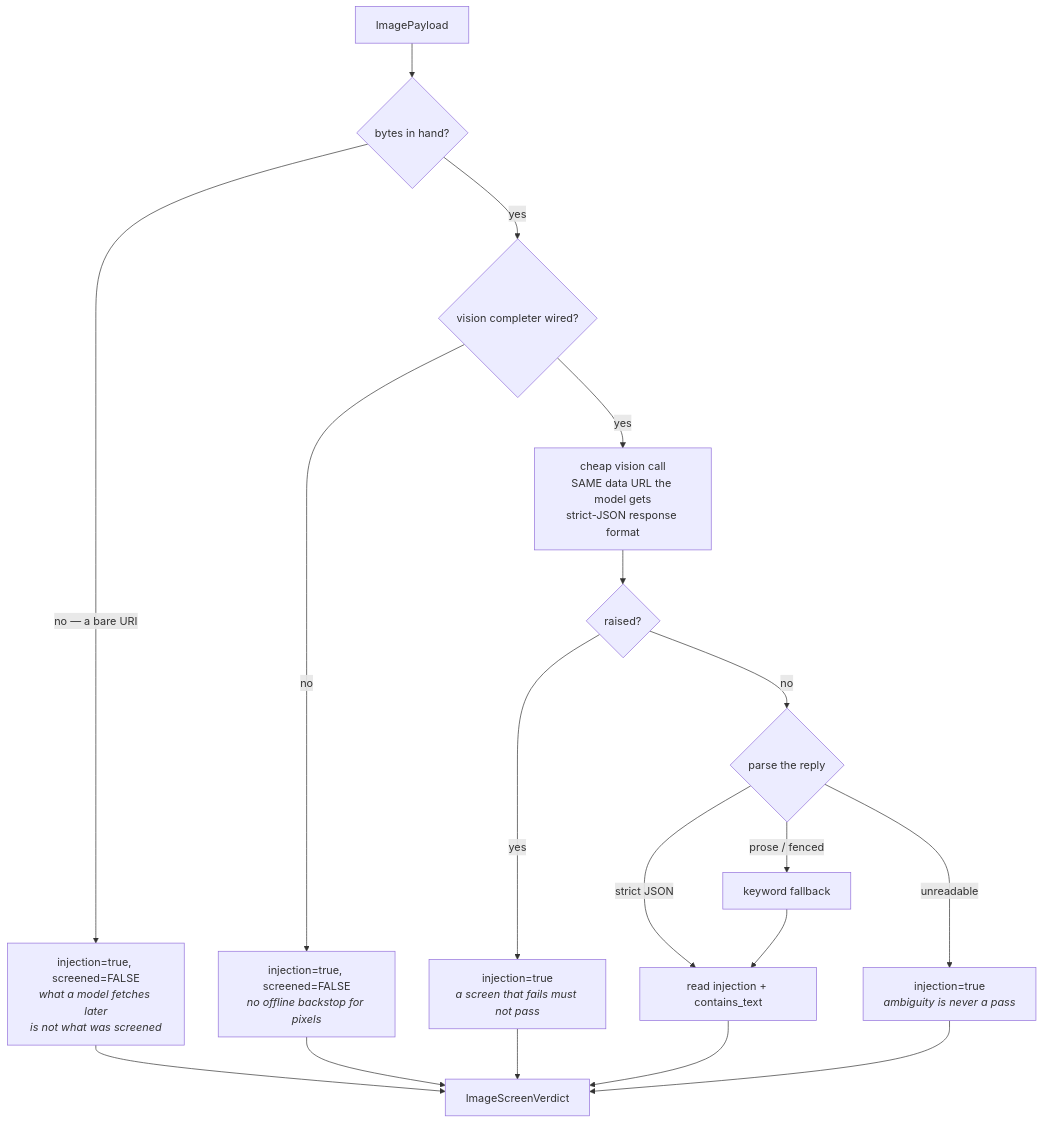
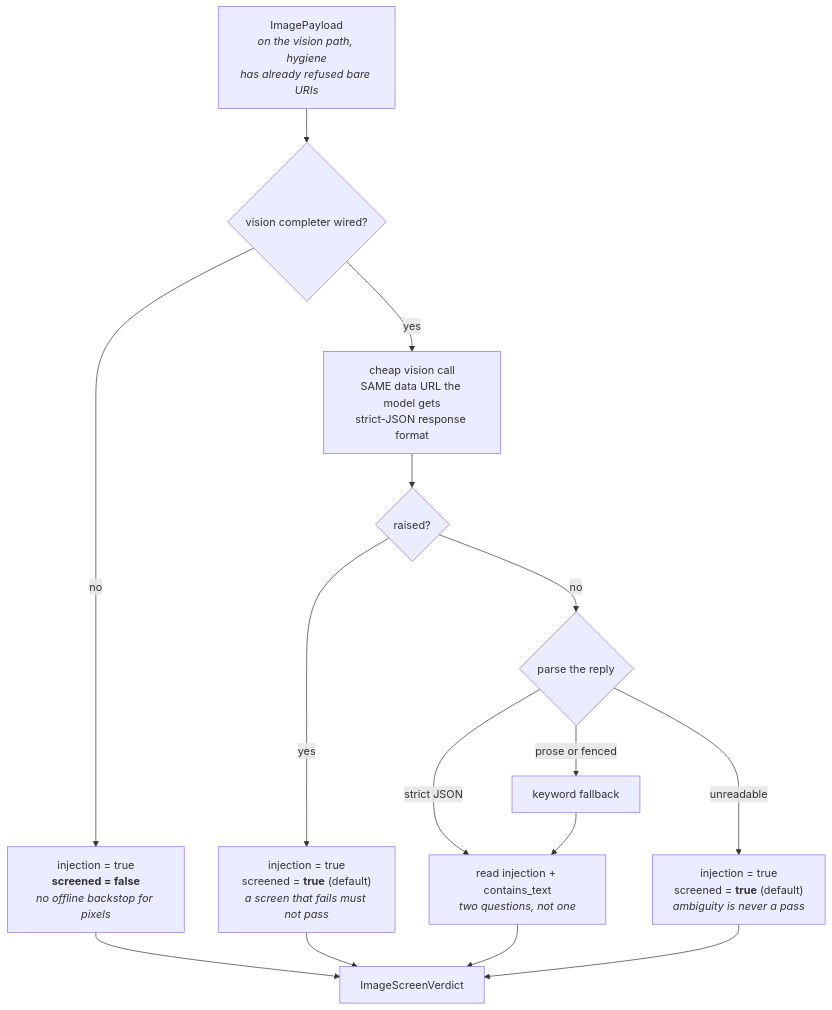
Before and after one commit to yrevash/aegis: the third of 5 diagrams in docs/teaching/vision/40-diagrams.md, drawn with Mermaid. The commit also changed other lines of this file and 111 other files, not shown here.

````diff
--- a/docs/teaching/vision/40-diagrams.md
+++ b/docs/teaching/vision/40-diagrams.md
@@ -105,25 +87,22 @@
 ```mermaid
 flowchart TB
-    I["ImagePayload"] --> INL{"bytes in hand?"}
-    INL -->|"no — a bare URI"| F1["injection=true, screened=FALSE<br/><i>what a model fetches later<br/>is not what was screened</i>"]
+    I["ImagePayload<br/><i>on the vision path, hygiene<br/>has already refused bare URIs</i>"] --> C{"vision completer wired?"}
 
-    INL -->|yes| C{"vision completer wired?"}
-    C -->|no| F2["injection=true, screened=FALSE<br/><i>no offline backstop for pixels</i>"]
+    C -->|no| F2["injection = true<br/><b>screened = false</b><br/><i>no offline backstop for pixels</i>"]
 
     C -->|yes| CALL["cheap vision call<br/>SAME data URL the model gets<br/>strict-JSON response format"]
 
     CALL --> ERR{"raised?"}
-    ERR -->|yes| F3["injection=true<br/><i>a screen that fails must not pass</i>"]
+    ERR -->|yes| F3["injection = true<br/>screened = <b>true</b> (default)<br/><i>a screen that fails must not pass</i>"]
 
     ERR -->|no| P{"parse the reply"}
-    P -->|"strict JSON"| V["read injection + contains_text"]
-    P -->|"prose / fenced"| KW["keyword fallback"]
-    P -->|"unreadable"| F4["injection=true<br/><i>ambiguity is never a pass</i>"]
+    P -->|"strict JSON"| V["read injection + contains_text<br/><i>two questions, not one</i>"]
+    P -->|"prose or fenced"| KW["keyword fallback"]
+    P -->|"unreadable"| F4["injection = true<br/>screened = <b>true</b> (default)<br/><i>ambiguity is never a pass</i>"]
 
     KW --> V
     V --> OUT["ImageScreenVerdict"]
-    F1 --> OUT
     F2 --> OUT
     F3 --> OUT
     F4 --> OUT
 ```
````
